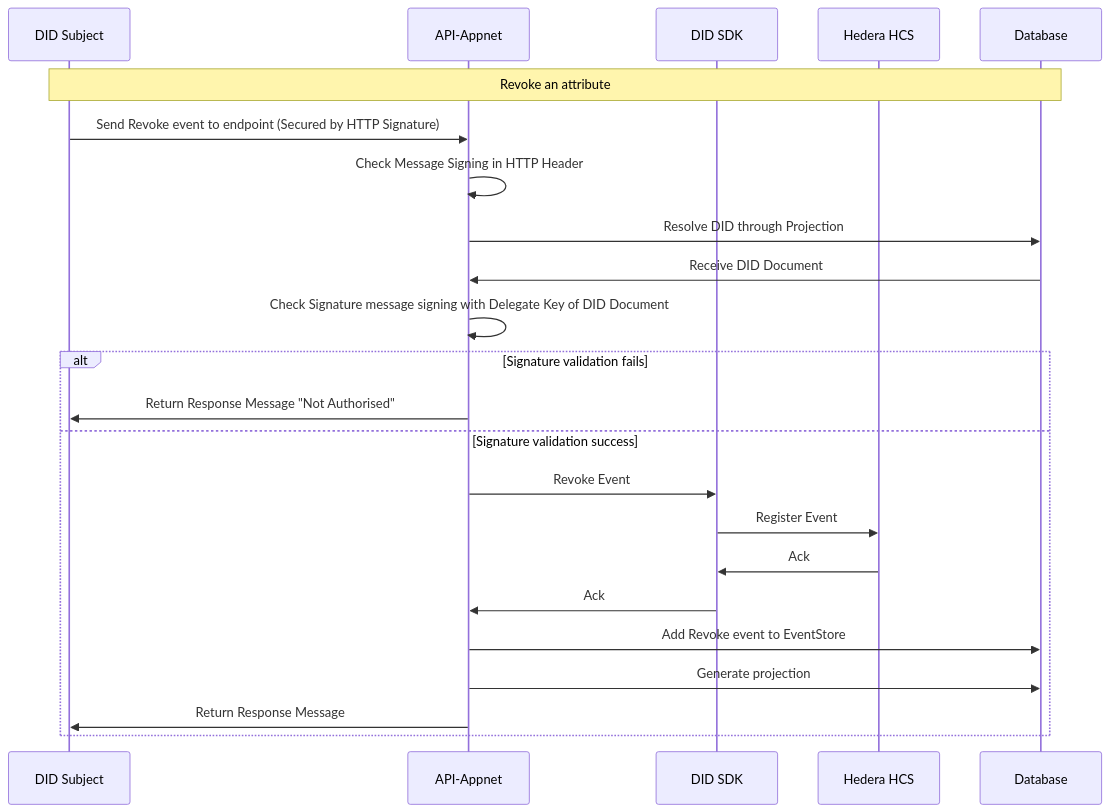
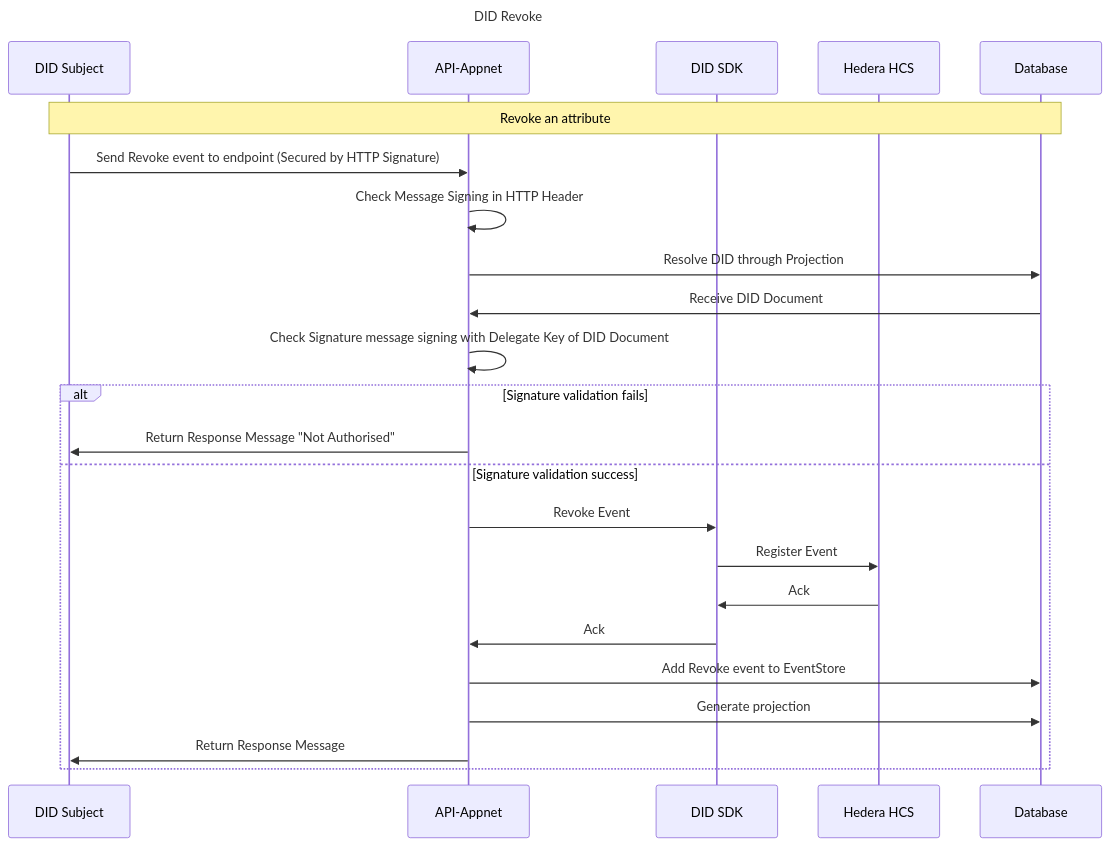
One commit to Meeco/hedera-did-identity-network changed the diagram in documentation/diagrams/did-revoke.mmd. Above: the diagram before and after it, drawn with Mermaid. The commit also changed 8 other files, not shown here.

Commit message:
style: Add titles to the diagrams.

```diff
--- a/documentation/diagrams/did-revoke.mmd
+++ b/documentation/diagrams/did-revoke.mmd
@@ -1,25 +1,26 @@
 sequenceDiagram
+Title: DID Revoke
 
 participant Subject as DID Subject
 participant API as API-Appnet
 participant DIDSDK as DID SDK
 participant HCS as Hedera HCS
 participant Database as Database
 
 note over Subject,Database: Revoke an attribute
 Subject ->> API: Send Revoke event to endpoint (Secured by HTTP Signature)
 API ->> API: Check Message Signing in HTTP Header
 API ->> Database: Resolve DID through Projection
 Database ->> API: Receive DID Document
 API ->> API: Check Signature message signing with Delegate Key of DID Document
 alt Signature validation fails
 API ->> Subject: Return Response Message "Not Authorised"
 else Signature validation success
 API ->> DIDSDK:  Revoke Event
 DIDSDK ->> HCS:  Register Event
 HCS ->> DIDSDK: Ack
 DIDSDK ->> API: Ack
 API ->> Database: Add Revoke event to EventStore
 API ->> Database: Generate projection
 API ->> Subject: Return Response Message
 end
```
